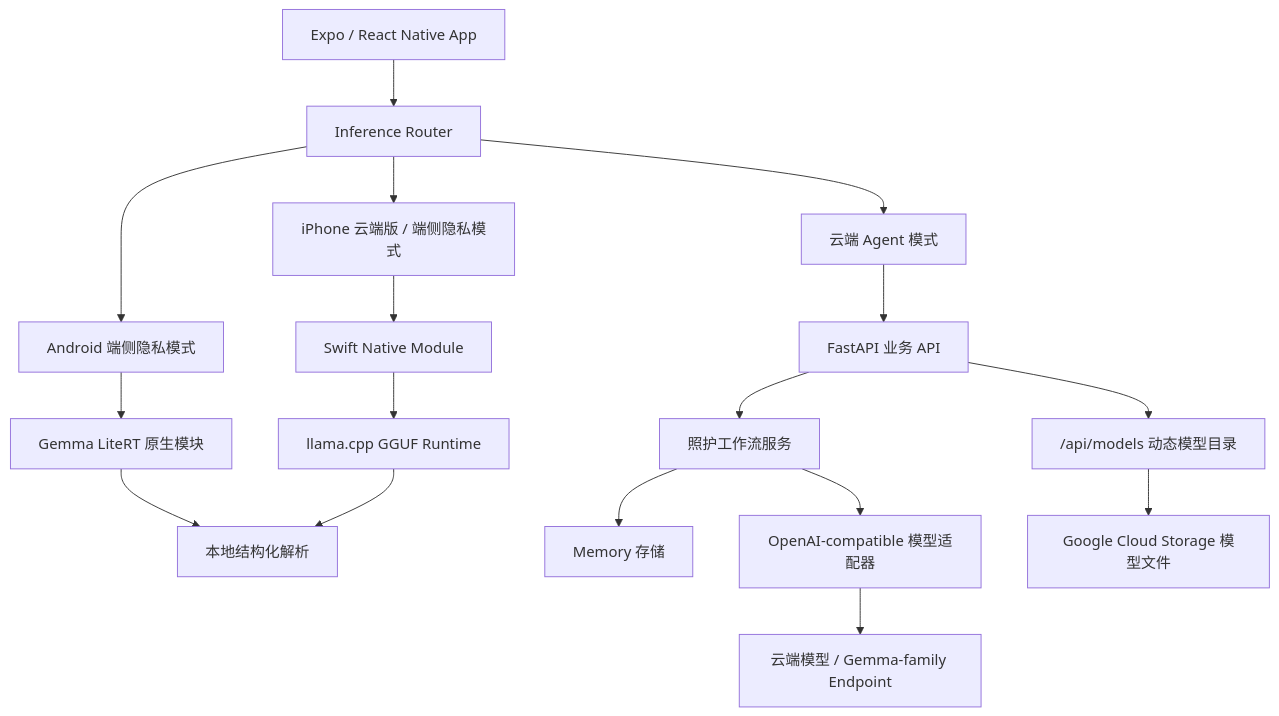
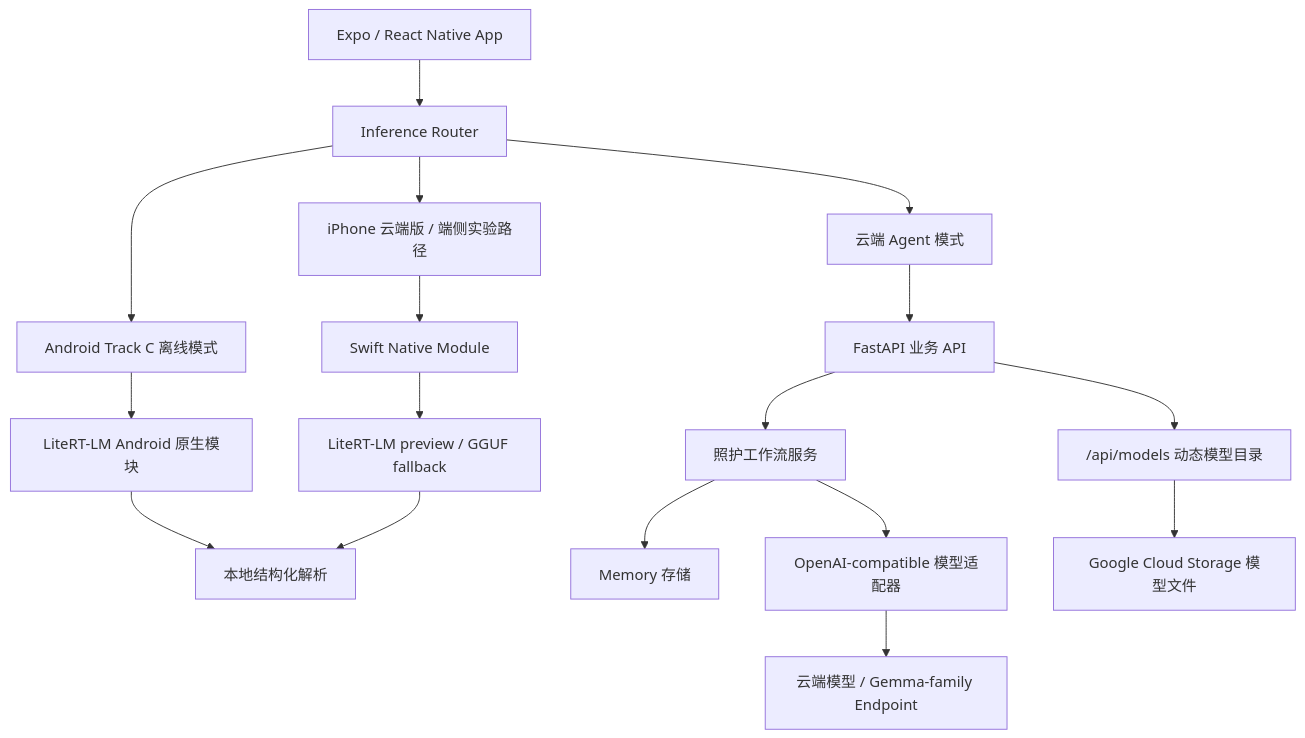
The diagram in README.md (hyczy0809/CareMind), drawn with Mermaid before and after one commit. The commit also changed other lines of this file and 1 other file, not shown here.

Commit message:
Update Track C Gemma 4 README docs

````diff
--- a/README.md
+++ b/README.md
@@ -234,19 +245,19 @@
 ```mermaid
 flowchart TD
     A["Expo / React Native App"] --> B["Inference Router"]
-    B --> C["Android 端侧隐私模式"]
-    C --> D["Gemma LiteRT 原生模块"]
+    B --> C["Android Track C 离线模式"]
+    C --> D["LiteRT-LM Android 原生模块"]
     D --> E["本地结构化解析"]
-    B --> N["iPhone 云端版 / 端侧隐私模式"]
+    B --> N["iPhone 云端版 / 端侧实验路径"]
     N --> O["Swift Native Module"]
-    O --> P["llama.cpp GGUF Runtime"]
+    O --> P["LiteRT-LM preview / GGUF fallback"]
     P --> E
     B --> F["云端 Agent 模式"]
     F --> G["FastAPI 业务 API"]
     G --> H["照护工作流服务"]
     H --> I["Memory 存储"]
     H --> J["OpenAI-compatible 模型适配器"]
     J --> K["云端模型 / Gemma-family Endpoint"]
     G --> L["/api/models 动态模型目录"]
     L --> M["Google Cloud Storage 模型文件"]
 ```
````
